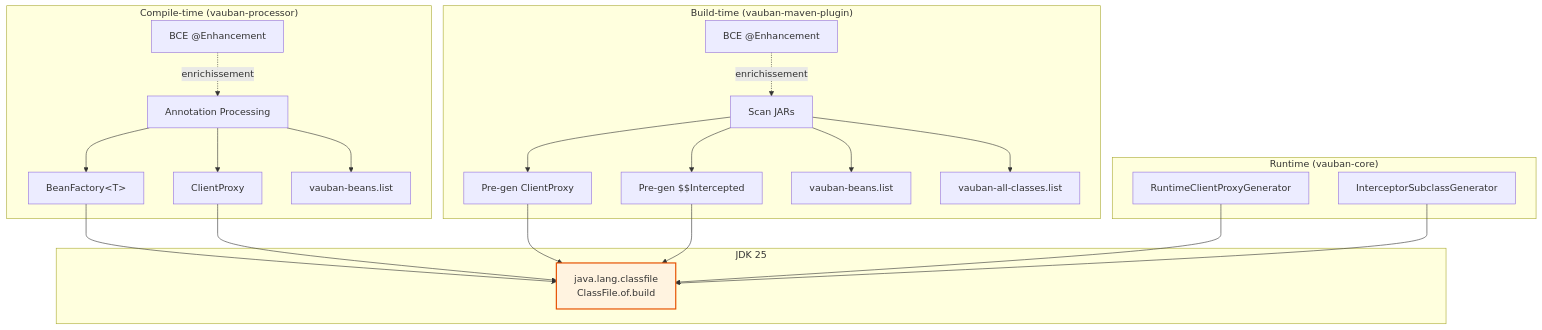
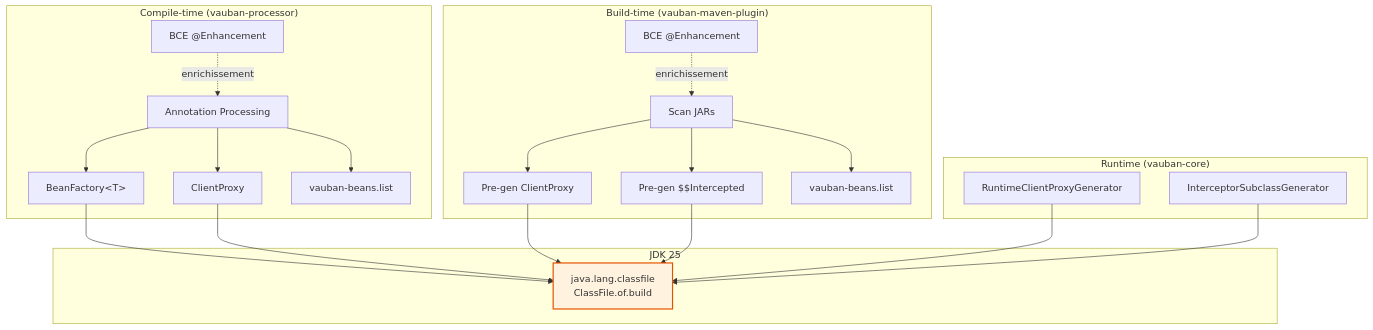
One commit to vidocq-stack/vauban changed diagram 12 of 12 in docs/architecture.md. Above: the diagram before and after it, drawn with Mermaid. The commit also changed other lines of this file and 2 other files, not shown here.

First line of the commit message:
refactor: remove vauban-all-classes.list — BCE-promoted beans are in beans.list

````diff
--- a/docs/architecture.md
+++ b/docs/architecture.md
@@ -469,35 +469,34 @@
 ```mermaid
 flowchart TD
     subgraph "Compile-time (vauban-processor)"
         APT[Annotation Processing] --> EF[BeanFactory&lt;T&gt;]
         APT --> CP[ClientProxy]
         APT --> LIST_APT[vauban-beans.list]
         BCE_APT[BCE @Enhancement] -.->|enrichissement| APT
     end
 
     subgraph "Build-time (vauban-maven-plugin)"
         SCAN[Scan JARs] --> PRE_CP[Pre-gen ClientProxy]
         SCAN --> PRE_INT[Pre-gen $$Intercepted]
         SCAN --> LIST[vauban-beans.list]
-        SCAN --> ALL[vauban-all-classes.list]
         BCE_MV[BCE @Enhancement] -.->|enrichissement| SCAN
     end
 
     subgraph "Runtime (vauban-core)"
         RT_CP[RuntimeClientProxyGenerator]
         RT_INT[InterceptorSubclassGenerator]
     end
 
     subgraph "JDK 25"
         CF[java.lang.classfile<br/>ClassFile.of.build]
     end
 
     EF --> CF
     CP --> CF
     PRE_CP --> CF
     PRE_INT --> CF
     RT_CP --> CF
     RT_INT --> CF
 
     style CF fill:#fff3e0,stroke:#e65100,stroke-width:2px
 ```
````
